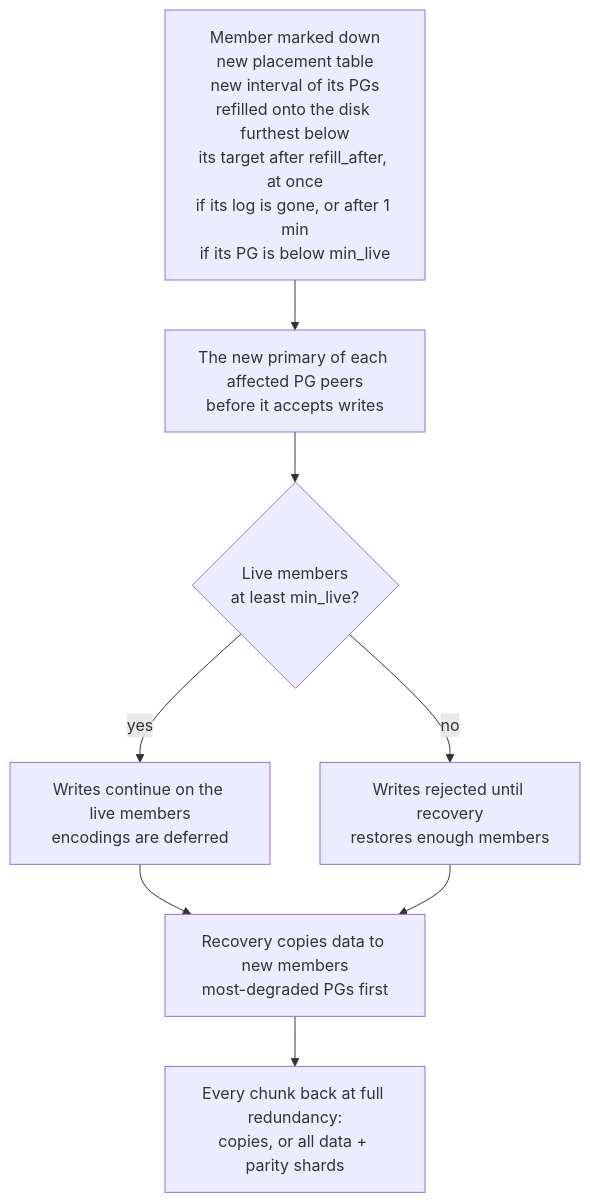
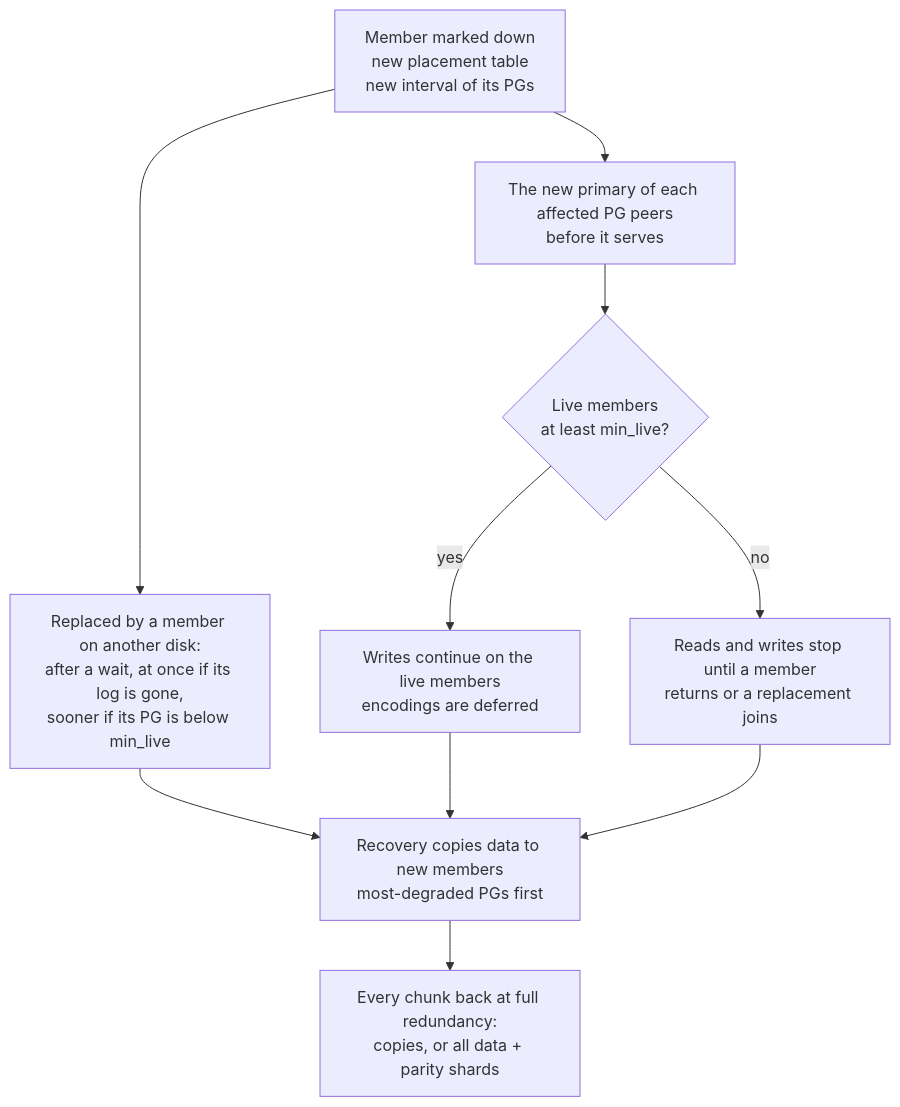
One commit to nvcnvn/rock-solid changed the fourth of 4 diagrams in blogs/07-pools-and-redundancy.md. Above: the diagram before and after it, drawn with Mermaid. The commit also changed other lines of this file, not shown here.

First line of the commit message:
Bring post 07 to the agreed level: drop tunables and status, fix min_live and maintenance

````diff
--- a/blogs/07-pools-and-redundancy.md
+++ b/blogs/07-pools-and-redundancy.md
@@ -582,10 +605,12 @@
 ```mermaid
 flowchart TD
-    A["Member marked down<br/>new placement table<br/>new interval of its PGs<br/>refilled onto the disk furthest below<br/>its target after refill_after, at once<br/>if its log is gone, or after 1 min<br/>if its PG is below min_live"] --> E["The new primary of each affected PG peers<br/>before it accepts writes"]
+    A["Member marked down<br/>new placement table<br/>new interval of its PGs"] --> R["Replaced by a member on another disk:<br/>after a wait, at once if its log is gone,<br/>sooner if its PG is below min_live"]
+    A --> E["The new primary of each affected PG peers<br/>before it serves"]
     E --> F{"Live members<br/>at least min_live?"}
     F -- yes --> G["Writes continue on the live members<br/>encodings are deferred"]
-    F -- no --> H["Writes rejected until recovery<br/>restores enough members"]
-    G --> I["Recovery copies data to new members<br/>most-degraded PGs first"]
+    F -- no --> H["Reads and writes stop until a member<br/>returns or a replacement joins"]
+    R --> I["Recovery copies data to new members<br/>most-degraded PGs first"]
+    G --> I
     H --> I
     I --> J["Every chunk back at full redundancy:<br/>copies, or all data + parity shards"]
 ```
````
